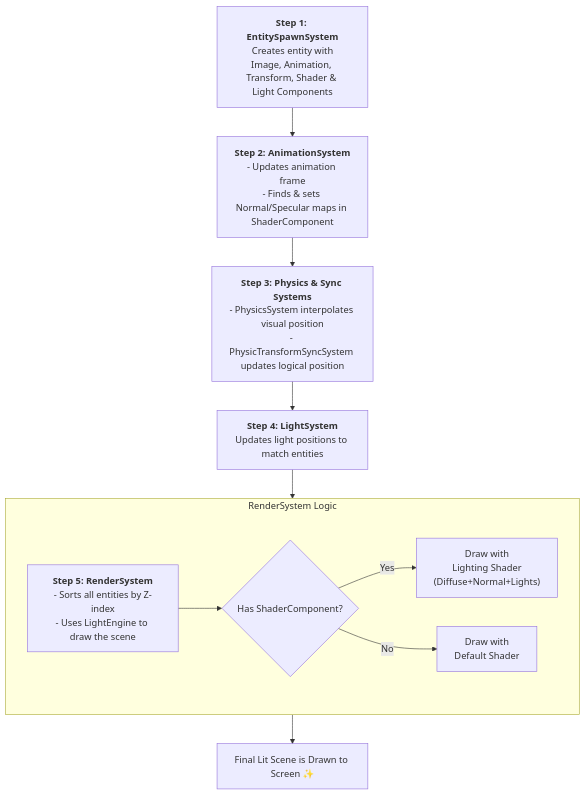
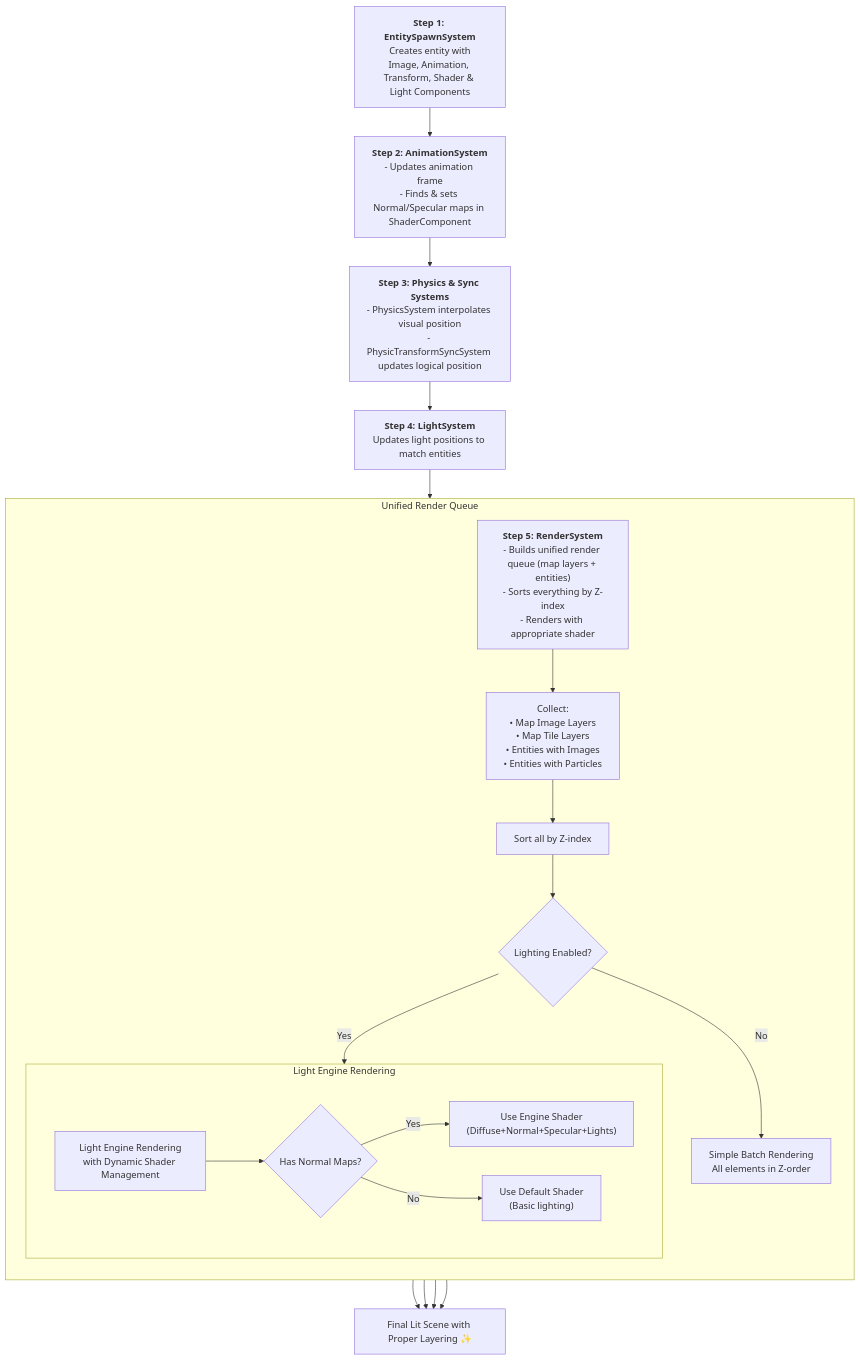
Before and after one commit to BennyOe/fromDuckTillDawn: the diagram in docs/graphics.md, drawn with Mermaid. The commit also changed other lines of this file and 34 other files, not shown here.

Commit message:
refactored the RenderSystem to strictly sort for zIndex. Added timeOfDay with buttonpress added temp moon sprite

````diff
--- a/docs/graphics.md
+++ b/docs/graphics.md
@@ -88,15 +131,29 @@
 ```mermaid
 graph TD
     A["<b>Step 1: EntitySpawnSystem</b><br/>Creates entity with<br/>Image, Animation, Transform, Shader & Light Components"] --> B;
     B["<b>Step 2: AnimationSystem</b><br/>- Updates animation frame<br/>- Finds & sets Normal/Specular maps in ShaderComponent"] --> C;
     C["<b>Step 3: Physics & Sync Systems</b><br/>- PhysicsSystem interpolates visual position<br/>- PhysicTransformSyncSystem updates logical position"] --> D;
     D["<b>Step 4: LightSystem</b><br/>Updates light positions to match entities"] --> E;
-    E["<b>Step 5: RenderSystem</b><br/>- Sorts all entities by Z-index<br/>- Uses LightEngine to draw the scene"] --> F;
-    subgraph "RenderSystem Logic"
-        direction LR
-        E --> E_1{Has ShaderComponent?};
-        E_1 -- Yes --> E_2["Draw with<br/>Lighting Shader<br/>(Diffuse+Normal+Lights)"];
-        E_1 -- No --> E_3["Draw with<br/>Default Shader"];
+    E["<b>Step 5: RenderSystem</b><br/>- Builds unified render queue (map layers + entities)<br/>- Sorts everything by Z-index<br/>- Renders with appropriate shader"] --> F;
+    
+    subgraph "Unified Render Queue"
+        direction TB
+        E --> E_0["Collect:<br/>• Map Image Layers<br/>• Map Tile Layers<br/>• Entities with Images<br/>• Entities with Particles"];
+        E_0 --> E_1["Sort all by Z-index"];
+        E_1 --> E_2{Lighting Enabled?};
+        E_2 -- No --> E_3["Simple Batch Rendering<br/>All elements in Z-order"];
+        E_2 -- Yes --> E_4["Light Engine Rendering<br/>with Dynamic Shader Management"];
+        
+        subgraph "Light Engine Rendering"
+            direction LR
+            E_4 --> E_5{Has Normal Maps?};
+            E_5 -- Yes --> E_6["Use Engine Shader<br/>(Diffuse+Normal+Specular+Lights)"];
+            E_5 -- No --> E_7["Use Default Shader<br/>(Basic lighting)"];
+        end
     end
-    F["Final Lit Scene is Drawn to Screen ✨"]
+    
+    E_3 --> F;
+    E_6 --> F;
+    E_7 --> F;
+    F["Final Lit Scene with Proper Layering ✨"]
 ```
````
